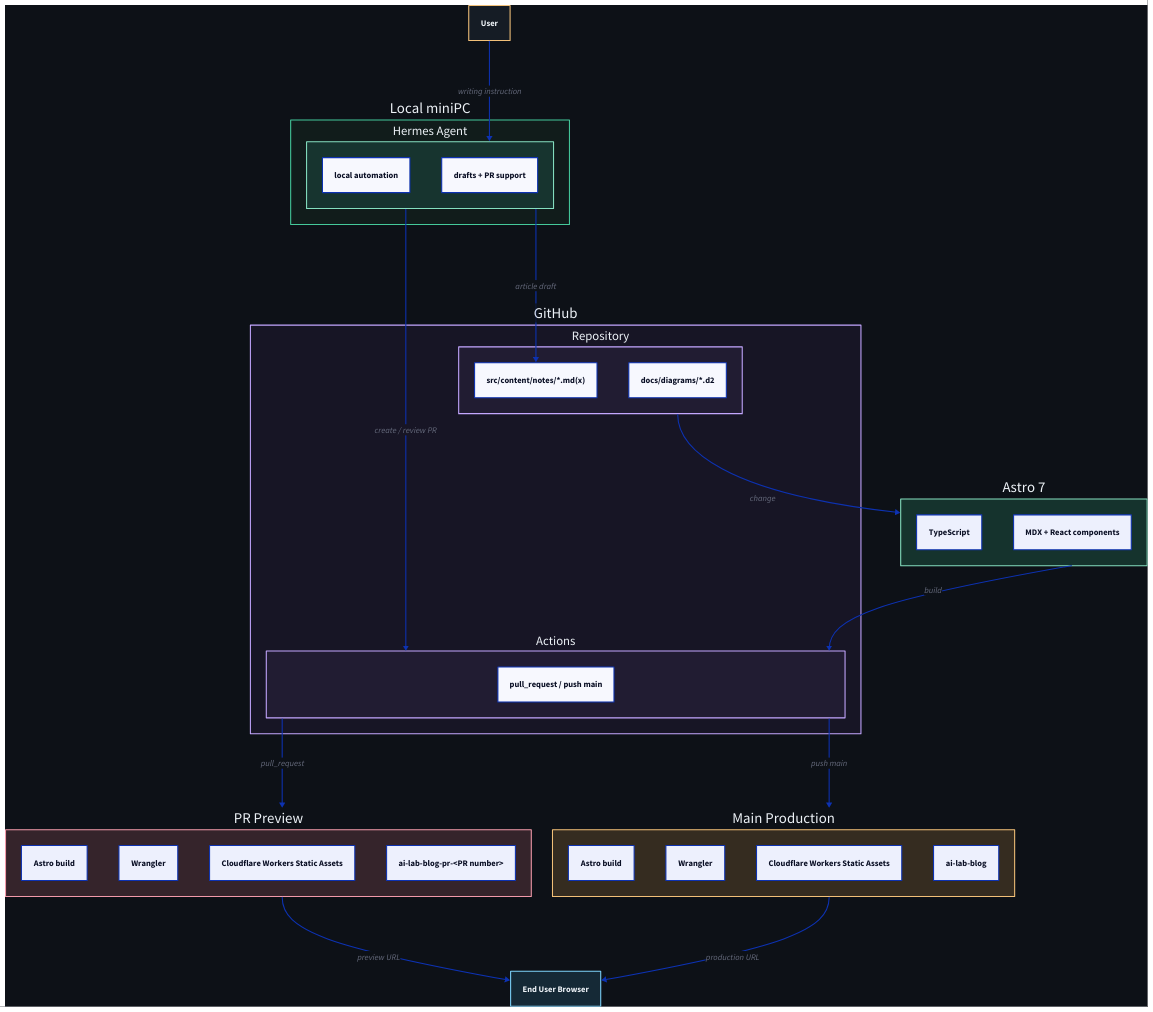
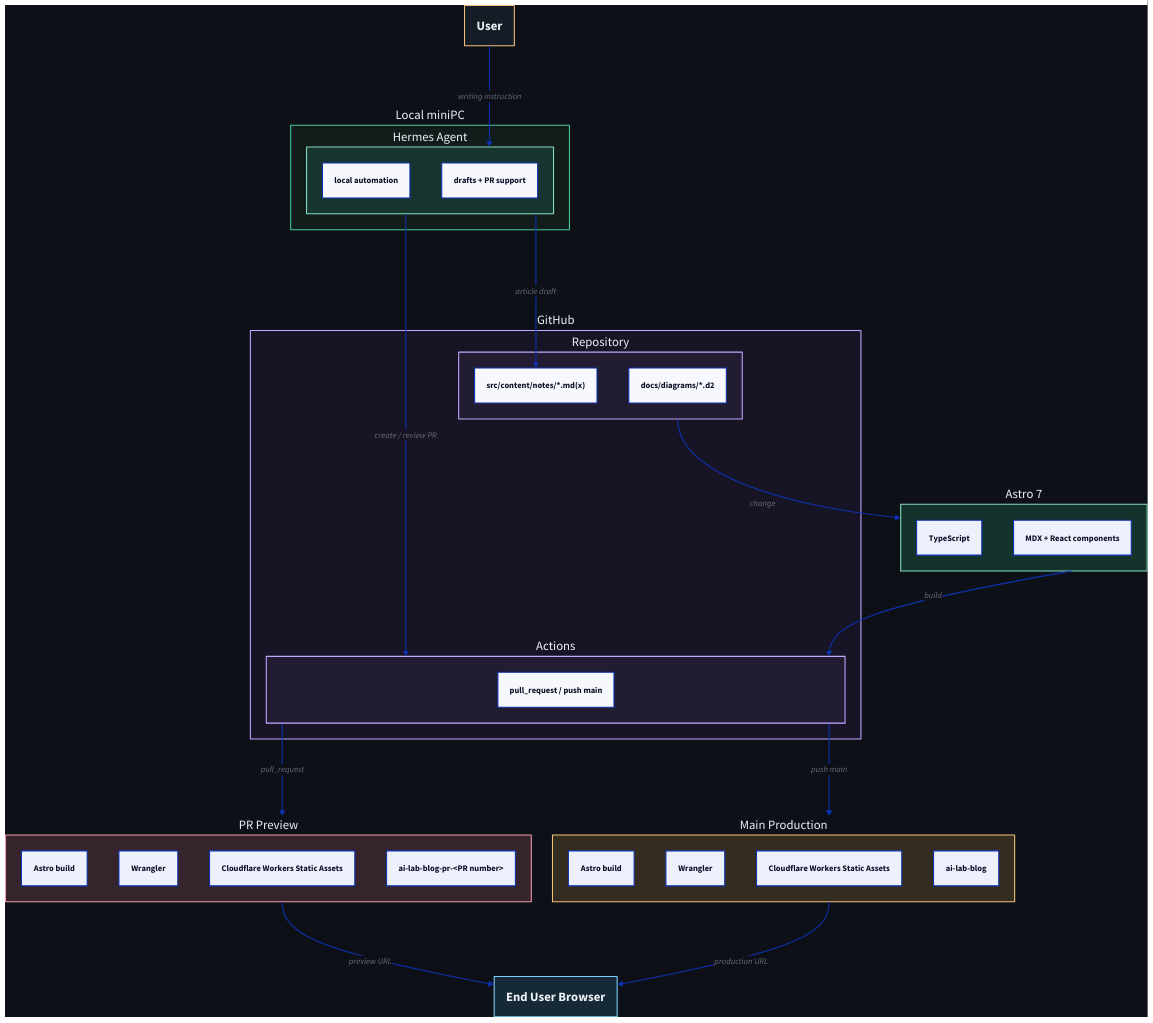
Before and after one commit to takapi-s/ai-lab-blog: the diagram in docs/diagrams/ai-lab-blog-architecture.d2, drawn with D2. The commit also changed 1 other file, not shown here.

Commit message:
fix: increase diagram node text size

```diff
--- a/docs/diagrams/ai-lab-blog-architecture.d2
+++ b/docs/diagrams/ai-lab-blog-architecture.d2
@@ -1,86 +1,94 @@
 direction: down
 style.fill: "#0d1117"
 style.font-color: "#edf2f7"
 style.font-size: 22
 
 user: User {
   style.fill: "#151c25"
   style.stroke: "#f2c078"
   style.font-color: "#edf2f7"
+  style.font-size: 24
 }
 
 miniPC: Local miniPC {
   style.fill: "#111c1b"
   style.stroke: "#45c99b"
   style.font-color: "#edf2f7"
+  style.font-size: 24
   hermes: Hermes Agent {
     style.fill: "#17342f"
     style.stroke: "#85e0c0"
     style.font-color: "#edf2f7"
+    style.font-size: 24
     runtime: "local automation"
     role: "drafts + PR support"
   }
 }
 
 github: GitHub {
   style.fill: "#171525"
   style.stroke: "#c4a7ff"
   style.font-color: "#edf2f7"
+  style.font-size: 24
   repo: Repository {
     style.fill: "#211c32"
     style.stroke: "#c4a7ff"
     style.font-color: "#edf2f7"
     notes: "src/content/notes/*.md(x)"
     diagrams: "docs/diagrams/*.d2"
   }
   actions: Actions {
     style.fill: "#211c32"
     style.stroke: "#c4a7ff"
     style.font-color: "#edf2f7"
     trigger: "pull_request / push main"
   }
 }
 
 build: Astro 7 {
   style.fill: "#15332d"
   style.stroke: "#85e0c0"
   style.font-color: "#edf2f7"
+  style.font-size: 24
   typescript: TypeScript
   content: "MDX + React components"
 }
 
 preview: PR Preview {
   style.fill: "#35242b"
   style.stroke: "#f29aaa"
   style.font-color: "#edf2f7"
+  style.font-size: 24
   build: Astro build
   deploy: Wrangler
   target: "Cloudflare Workers Static Assets"
   name: "ai-lab-blog-pr-<PR number>"
 }
 
 production: Main Production {
   style.fill: "#352c20"
   style.stroke: "#f2c078"
   style.font-color: "#edf2f7"
+  style.font-size: 24
   build: Astro build
   deploy: Wrangler
   target: "Cloudflare Workers Static Assets"
   name: "ai-lab-blog"
 }
 
 browser: End User Browser {
   style.fill: "#152936"
   style.stroke: "#7dd3fc"
   style.font-color: "#edf2f7"
+  style.font-size: 24
 }
 
 user -> miniPC.hermes: "writing instruction"
 miniPC.hermes -> github.repo.notes: "article draft"
 miniPC.hermes -> github.actions: "create / review PR"
 github.repo -> build: "change"
 build -> github.actions: "build"
 github.actions -> preview: "pull_request"
 github.actions -> production: "push main"
 preview -> browser: "preview URL"
 production -> browser: "production URL"
```
